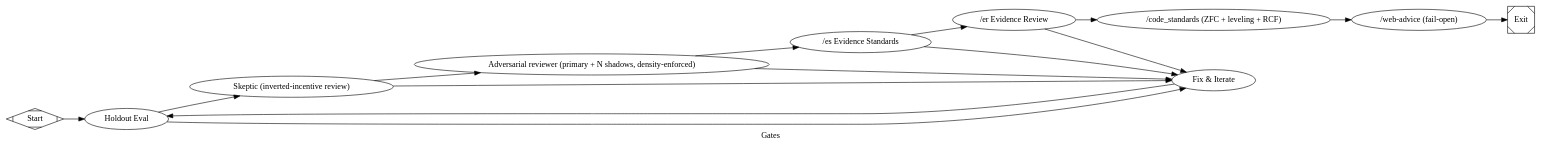
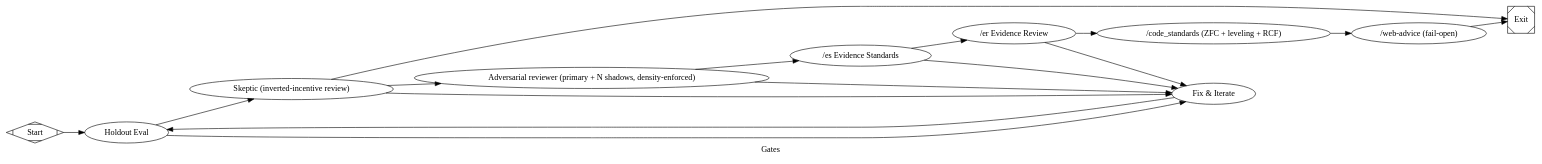
One commit to jleechanorg/dark-factory changed the diagram in pipelines/factory/gates.dot. Above: the diagram before and after it, drawn with Graphviz. The commit also changed 5 other files, not shown here.

First line of the commit message:
fix(factory): score gate_skeptic null verdict as inconclusive, fix codex stdin hang [claude][claude-sonnet-5] (#830)

```diff
--- a/pipelines/factory/gates.dot
+++ b/pipelines/factory/gates.dot
@@ -1,107 +1,130 @@
 digraph gates {
     graph [
         goal="Full validation: holdout + 3 adversarial gates."
         level5="true"
         label="Gates"
         skip_explore="true"
         skip_plan="true"
         skip_implement="true"
     ]
     rankdir=LR
 
     start [shape=Mdiamond, label="Start"]
     exit  [shape=Msquare,  label="Exit"]
 
     holdout         [type="holdout_eval",        label="Holdout Eval", feature="hello", timeout=600]
     gate_skeptic [
         type="gate_skeptic",
         label="Skeptic (inverted-incentive review)",
         backend_priority="codex,minimax,agy,claude-sonnet",
         prefer_adversarial="true",
+        max_retries=2,
         timeout=600
     ]
     adversarial_reviewer [
         type="parallel_reviewer",
         label="Adversarial reviewer (primary + N shadows, density-enforced)",
         review_contract="cold-review-v1",
         prompt="@prompts/slim/review_phase5_shadow.md",
         backend_priority="minimax,agy,codex,claude-sonnet",
         prefer_adversarial="true",
         n_shadows="3",
         gate_strict="true",
         receipt_required="true",
         timeout=600
     ]
     gate_es [
         type="gate_es",
         label="/es Evidence Standards",
         backend_priority="codex,minimax,agy,claude-sonnet",
         prefer_adversarial="true",
         gate_strict="true",
         timeout=600
     ]
     gate_er [
         type="gate_er",
         label="/er Evidence Review",
         backend_priority="codex,minimax,agy,claude-sonnet",
         prefer_adversarial="true",
         gate_strict="true",
         timeout=600
     ]
     gate_cs [
         type="gate_code_standards",
         label="/code_standards (ZFC + leveling + RCF)",
         backend_priority="codex,minimax,agy,claude-sonnet",
         prefer_adversarial="true",
         gate_strict="true",
         timeout=600
     ]
 
     // /web-advice fail-open advisory node
     web_advice [
         type="web_advice",
         label="/web-advice (fail-open)",
         prompt="@prompts/web_advice.txt",
         backend="claude",
         timeout=900,
         min_diff_lines="5",
         transport="auto",
         decision="continue",
         fail_open="true",
         description="Multi-model browser review (gemini/grok/chatgpt/perplexity) via real authenticated browser sessions. FAIL-OPEN: never blocks. Signal goes to CXDB + PR comment."
     ]
 
     // Bounded fix loop: any reviewer verdict other than success routes here
     // so the run can iterate on the artifact rather than terminating on a
     // first failure (per factory-evolve G2 fix-loop contract).
     fix [
         type="codergen",
         label="Fix & Iterate",
         class="fix",
         prompt="@prompts/slim/fix.md",
         max_visits="3",
         timeout=600
     ]
 
     start -> holdout
     holdout -> gate_skeptic [condition="outcome=success"]
     holdout -> fix         [condition="outcome!=success"]
 
+    // Issue #827 Defect 1: a null/unparseable verdict is scored as its own
+    // `inconclusive` outcome (see runner/handler_universal_prompts.py
+    // _gate_skeptic), distinct from a real `failure` rejection. It is
+    // retried up to `max_retries` times above (in-node, no extra graph
+    // steps); if still inconclusive after that, there is no finding for
+    // `fix` to act on, so this routes straight to `exit` instead — the
+    // `_exit` handler (runner/handler_core.py) propagates a non-success
+    // predecessor outcome rather than masking it as a pass, so
+    // `final_outcome` never reads as a false "success"/"pass".
+    //
+    // The condition below matches on the `no_verdict` metadata flag, NOT
+    // on `outcome=inconclusive` directly: the engine's
+    // `_run_single_node` normalizes every Result's `.outcome` through
+    // `_classify_outcome` before any edge condition sees it, and that
+    // classifier buckets "inconclusive" into "failure" (same bucket as a
+    // real rejection) — so an `outcome`-keyed condition could never tell
+    // the two apart at routing time. `metadata` is untouched by that
+    // normalization, which is also why this is not the `outcome!=success`
+    // shape the G2 graph audit forbids on reviewer->exit edges: this
+    // reroutes a non-actionable "no verdict produced" event, not a real
+    // failure verdict, off the fix loop.
     gate_skeptic -> adversarial_reviewer [condition="outcome=success"]
-    gate_skeptic -> fix                  [condition="outcome!=success"]
+    gate_skeptic -> exit                 [condition="no_verdict=true"]
+    gate_skeptic -> fix                  [condition="outcome!=success and no_verdict!=true"]
 
     adversarial_reviewer -> gate_es [condition="outcome=success"]
     adversarial_reviewer -> fix     [condition="outcome!=success"]
 
     gate_es -> gate_er [condition="outcome=success"]
     gate_es -> fix     [condition="outcome!=success"]
 
     gate_er -> gate_cs [condition="outcome=success"]
     gate_er -> fix     [condition="outcome!=success"]
 
     gate_cs -> web_advice [condition="outcome=success"]
 
     // Fail-open heart: single unconditional edge to exit.
     web_advice -> exit
     fix -> holdout
 }
```
